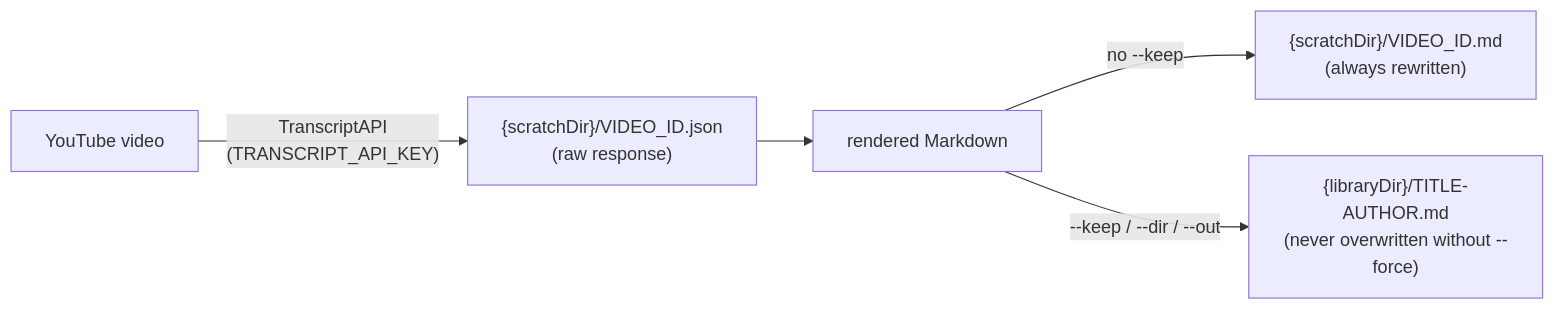
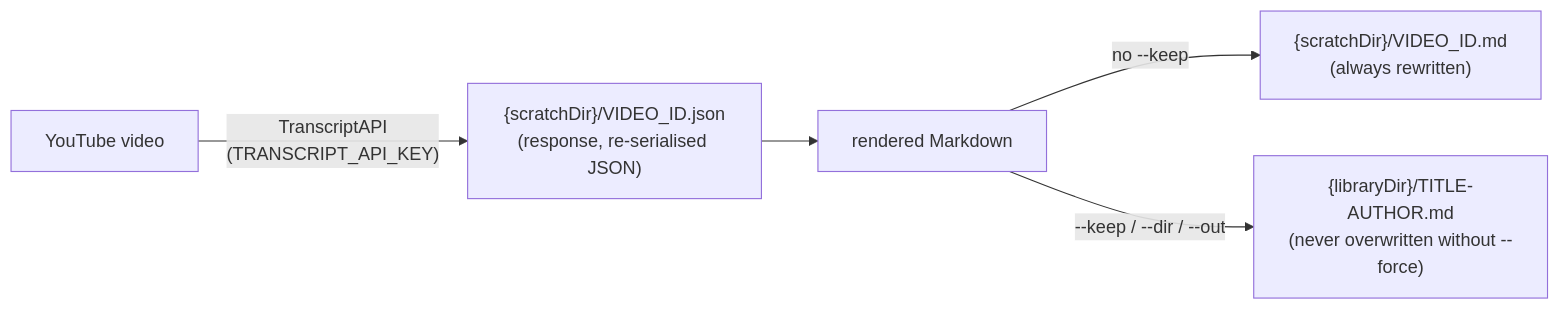
One commit to karmaniverous/jeeves-scripts-core changed the diagram in packages/core/guides/transcripts.md. Above: the diagram before and after it, drawn with Mermaid. The commit also changed other lines of this file and 1 other file, not shown here.

First line of the commit message:
docs(transcripts): the cache holds the re-serialised response; dry-run credit cost

````diff
--- a/packages/core/guides/transcripts.md
+++ b/packages/core/guides/transcripts.md
@@ -60,7 +60,7 @@
 ```mermaid
 flowchart LR
-  video["YouTube video"] -->|"TranscriptAPI<br/>(TRANSCRIPT_API_KEY)"| cache["{scratchDir}/VIDEO_ID.json<br/>(raw response)"]
+  video["YouTube video"] -->|"TranscriptAPI<br/>(TRANSCRIPT_API_KEY)"| cache["{scratchDir}/VIDEO_ID.json<br/>(response, re-serialised JSON)"]
   cache --> md["rendered Markdown"]
   md -->|no --keep| scratch["{scratchDir}/VIDEO_ID.md<br/>(always rewritten)"]
   md -->|--keep / --dir / --out| kept["{libraryDir}/TITLE-AUTHOR.md<br/>(never overwritten without --force)"]
 ```
````
